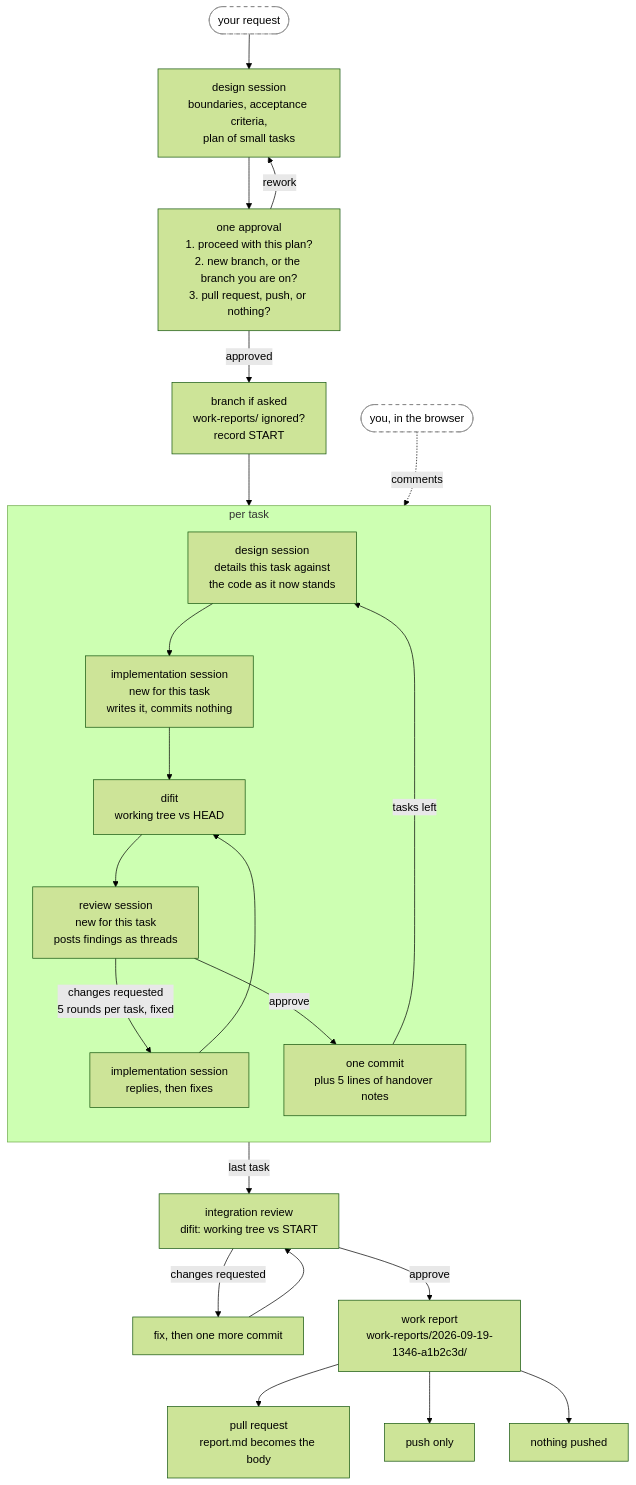
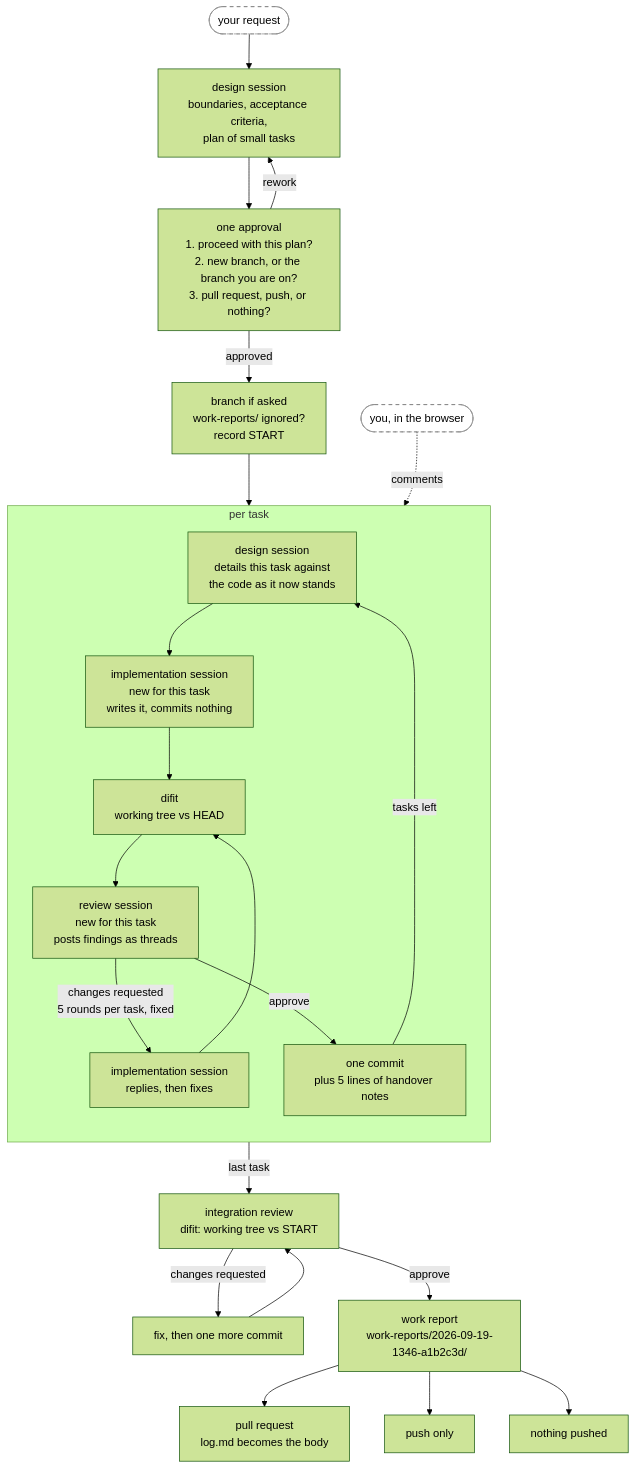
One commit to annetaan/claude-plugins changed the first of 2 diagrams in plugins/annetaan/README.md. Above: the diagram before and after it, drawn with Mermaid (forest theme). The commit also changed 3 other files, not shown here.

First line of the commit message:
fix: name the workflow work report log.md, not report.md

````diff
--- a/plugins/annetaan/README.md
+++ b/plugins/annetaan/README.md
@@ -33,36 +33,36 @@
 ```mermaid
 flowchart TD
     req(["your request"]) --> design["design session<br/>boundaries, acceptance criteria,<br/>plan of small tasks"]
     design --> ask["one approval<br/>1. proceed with this plan?<br/>2. new branch, or the branch you are on?<br/>3. pull request, push, or nothing?"]
     ask -->|rework| design
     ask -->|approved| setup["branch if asked<br/>work-reports/ ignored?<br/>record START"]
     setup --> detail
 
     subgraph task["per task"]
         direction TB
         detail["design session<br/>details this task against<br/>the code as it now stands"]
         impl["implementation session<br/>new for this task<br/>writes it, commits nothing"]
         difit["difit<br/>working tree vs HEAD"]
         review["review session<br/>new for this task<br/>posts findings as threads"]
         respond["implementation session<br/>replies, then fixes"]
         commit["one commit<br/>plus 5 lines of handover notes"]
         detail --> impl --> difit --> review
         review -->|"changes requested<br/>5 rounds per task, fixed"| respond
         respond --> difit
         review -->|approve| commit
         commit -->|tasks left| detail
     end
 
     commit -->|last task| integ["integration review<br/>difit: working tree vs START"]
     integ -->|changes requested| integfix["fix, then one more commit"]
     integfix --> integ
     integ -->|approve| report["work report<br/>work-reports/2026-09-19-1346-a1b2c3d/"]
-    report --> pr["pull request<br/>report.md becomes the body"]
+    report --> pr["pull request<br/>log.md becomes the body"]
     report --> push["push only"]
     report --> local["nothing pushed"]
 
     you(["you, in the browser"]) -.->|comments| difit
 
     classDef human fill:#fff,stroke:#888,stroke-dasharray: 5 5
     class req,you human
 ```
````
